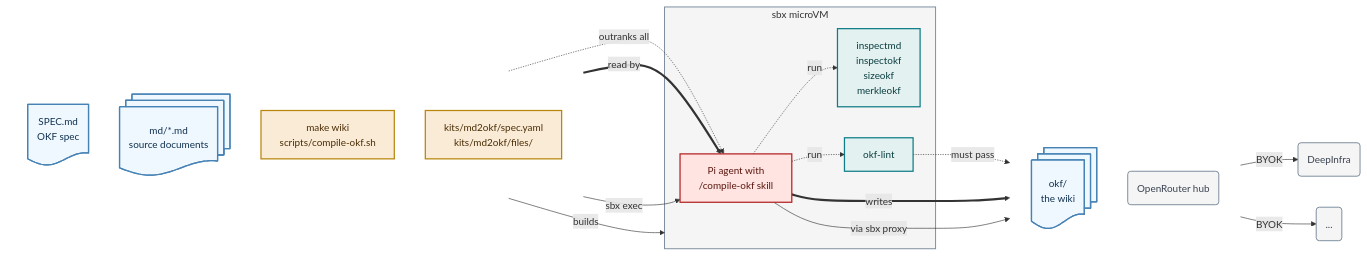
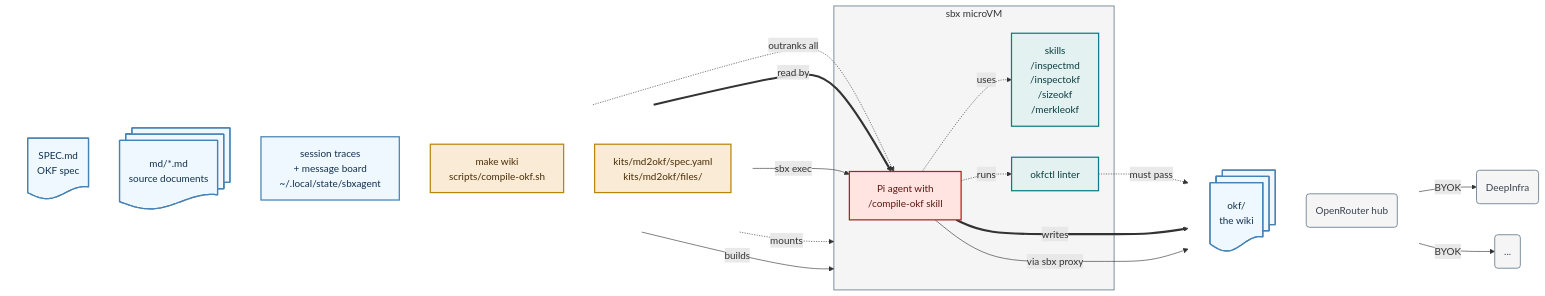
Before and after one commit to lars20070/md2okf: the diagram in README.md, drawn with Mermaid.

Commit message:
Update Mermaid diagram

````diff
--- a/README.md
+++ b/README.md
@@ -23,48 +23,51 @@
 ```mermaid
 flowchart LR
   subgraph IN[" "]
     direction TB
     SPEC@{ shape: doc, label: "SPEC.md<br/>OKF spec"}
     MD@{ shape: docs, label: "md/*.md<br/>source documents"}
+    STATE["session traces<br> + message board<br/>~/.local/state/sbxagent"]
     DRV["make wiki<br/>scripts/compile-okf.sh"]
     KIT["kits/md2okf/spec.yaml<br/>kits/md2okf/files/"]
   end
 
   subgraph VM["sbx microVM"]
     PI["Pi agent with<br/>/compile-okf skill"]
-    TOOLS["inspectmd<br/>inspectokf<br/>sizeokf<br/>merkleokf"]
-    LINT["okf-lint"]
+    TOOLS["skills<br>/inspectmd<br/>/inspectokf<br/>/sizeokf<br/>/merkleokf"]
+    LINT["okfctl linter"]
   end
 
   subgraph OUT[" "]
     direction TB
     OKF@{ shape: docs, label: "okf/<br/>the wiki"}
     NET("OpenRouter hub")
   end
   NET1("DeepInfra")
   NET2("...")
 
   SPEC -.->|"outranks all"| PI
   MD ==>|"read by"| PI
+  STATE -.->|"mounts"| VM
   DRV -->|"sbx exec"| PI
   KIT -->|"builds"| VM
-  PI -.->|"run"| TOOLS & LINT
+  PI -.->|"uses"| TOOLS
+  PI -.->|"runs"| LINT
   LINT -.->|"must pass"| OKF
   PI ==>|"writes"| OKF
   PI -->|"via sbx proxy"| NET
   NET -->|"BYOK"| NET1 & NET2
 
   classDef data    fill:aliceblue,stroke:steelblue,stroke-width:2px,color:#10314F
   classDef host    fill:antiquewhite,stroke:darkgoldenrod,stroke-width:2px,color:#4A2E05
   classDef helper  fill:#E3F2F1,stroke:#0E7C86,stroke-width:2px,color:#0B3D40
   classDef agent   fill:mistyrose,stroke:firebrick,stroke-width:2px,color:#5A1710
   classDef ext     fill:whitesmoke,stroke:lightslategray,stroke-width:1.5px,color:#3A4250
-  class MD,SPEC,OKF data
+  class MD,SPEC,STATE,OKF data
   class KIT,DRV host
   class TOOLS,LINT helper
   class PI agent
   class NET,NET1,NET2 ext
   style VM fill:whitesmoke,stroke:lightslategray,stroke-width:1.5px
   style IN fill:none,stroke:none
   style OUT fill:none,stroke:none
 ```
````
